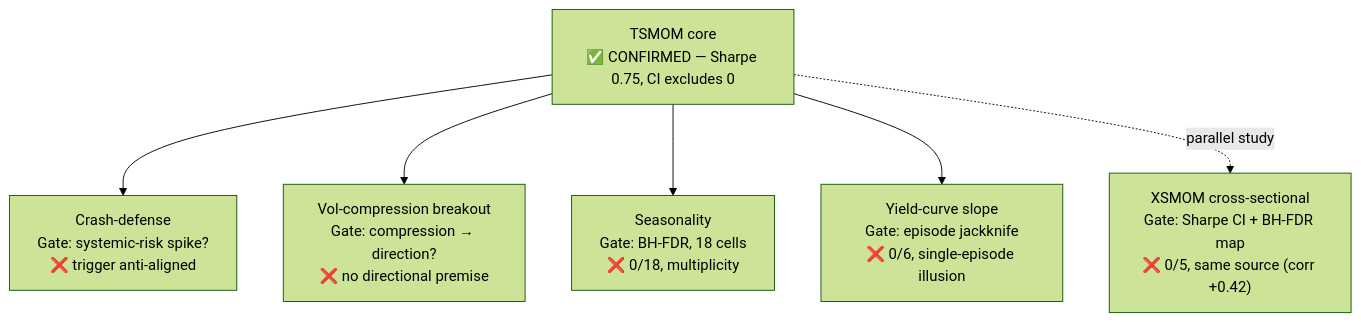
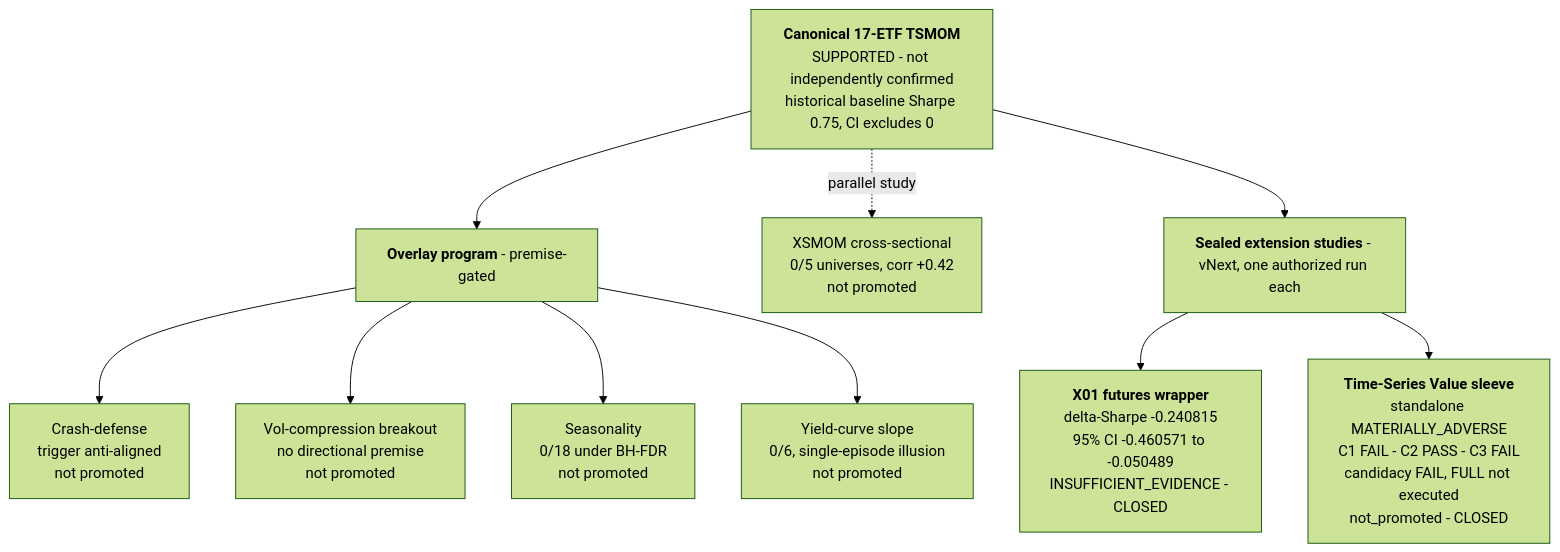
One commit to AaroNLaU0307/multi-asset-tsmom-research changed the first of 2 diagrams in README.md. Above: the diagram before and after it, drawn with Mermaid (forest theme). The commit also changed other lines of this file and 2 other files, not shown here.

````diff
--- a/README.md
+++ b/README.md
@@ -51,10 +57,16 @@
 ```mermaid
 flowchart TD
-    CORE["TSMOM core<br/>✅ CONFIRMED — Sharpe 0.75, CI excludes 0"]
+    CORE["<b>Canonical 17-ETF TSMOM</b><br/>SUPPORTED - not independently confirmed<br/>historical baseline Sharpe 0.75, CI excludes 0"]
 
-    CORE --> O1["Crash-defense<br/>Gate: systemic-risk spike?<br/>❌ trigger anti-aligned"]
-    CORE --> O2["Vol-compression breakout<br/>Gate: compression → direction?<br/>❌ no directional premise"]
-    CORE --> O3["Seasonality<br/>Gate: BH-FDR, 18 cells<br/>❌ 0/18, multiplicity"]
-    CORE --> O4["Yield-curve slope<br/>Gate: episode jackknife<br/>❌ 0/6, single-episode illusion"]
-    CORE -. parallel study .-> X["XSMOM cross-sectional<br/>Gate: Sharpe CI + BH-FDR map<br/>❌ 0/5, same source (corr +0.42)"]
+    CORE --> OV["<b>Overlay program</b> - premise-gated"]
+    OV --> O1["Crash-defense<br/>trigger anti-aligned<br/>not promoted"]
+    OV --> O2["Vol-compression breakout<br/>no directional premise<br/>not promoted"]
+    OV --> O3["Seasonality<br/>0/18 under BH-FDR<br/>not promoted"]
+    OV --> O4["Yield-curve slope<br/>0/6, single-episode illusion<br/>not promoted"]
+
+    CORE -. parallel study .-> X["XSMOM cross-sectional<br/>0/5 universes, corr +0.42<br/>not promoted"]
+
+    CORE --> EXT["<b>Sealed extension studies</b> - vNext, one authorized run each"]
+    EXT --> X01["<b>X01 futures wrapper</b><br/>delta-Sharpe -0.240815<br/>95% CI -0.460571 to -0.050489<br/>INSUFFICIENT_EVIDENCE - CLOSED"]
+    EXT --> VAL["<b>Time-Series Value sleeve</b><br/>standalone MATERIALLY_ADVERSE<br/>C1 FAIL - C2 PASS - C3 FAIL<br/>candidacy FAIL, FULL not executed<br/>not_promoted - CLOSED"]
 ```
````
